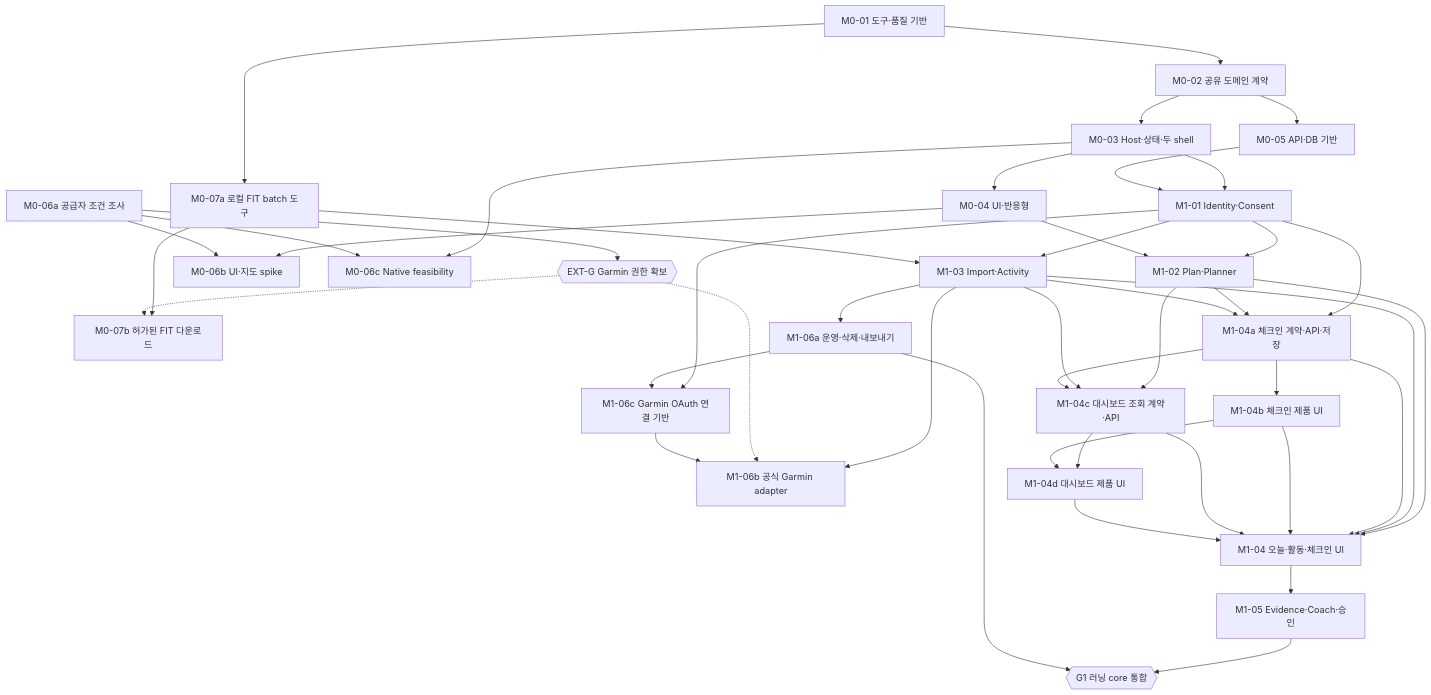
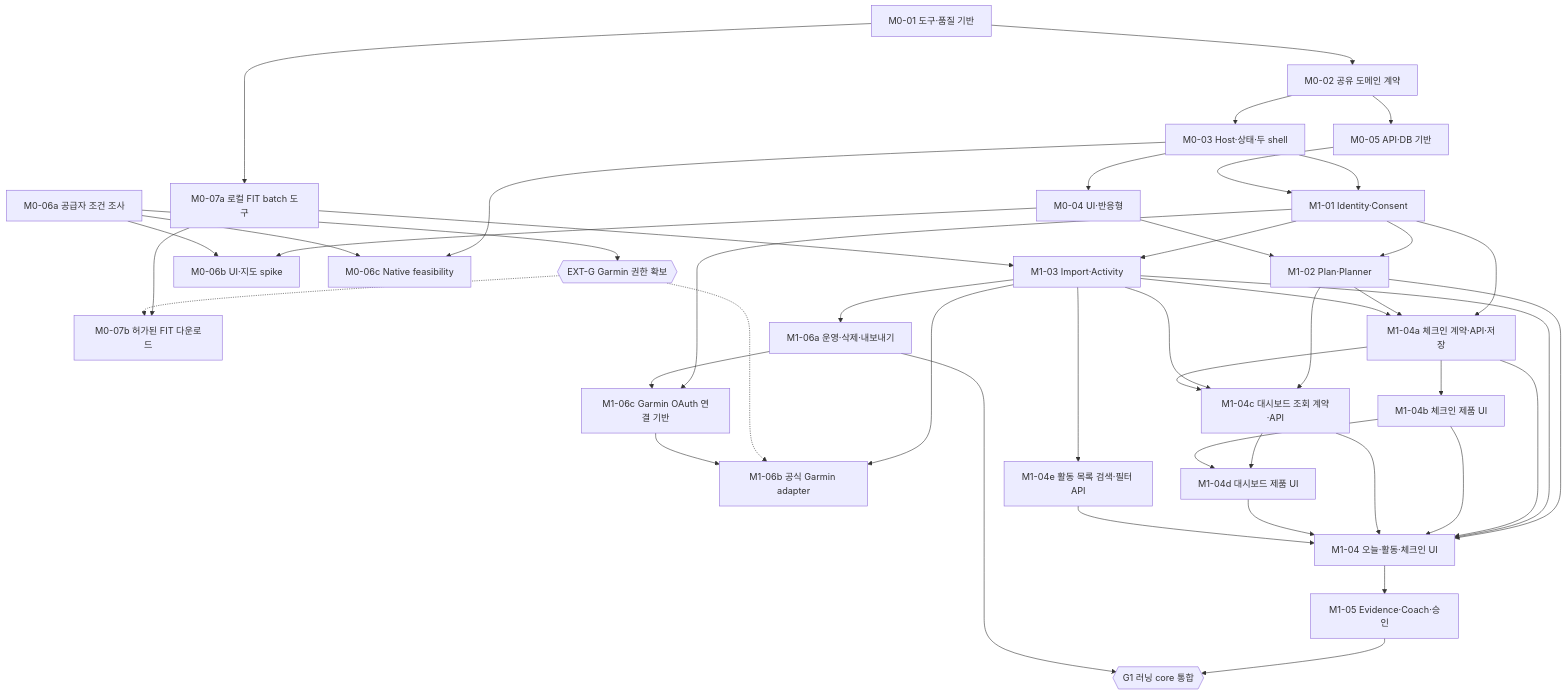
One commit to peacecheejecake/workout-manager changed the first of 3 diagrams in docs/implementation/task-graph.md. Above: the diagram before and after it, drawn with Mermaid. The commit also changed other lines of this file and 8 other files, not shown here.

````diff
--- a/docs/implementation/task-graph.md
+++ b/docs/implementation/task-graph.md
@@ -18,69 +18,72 @@
 ```mermaid
 flowchart TD
     task0["M0-01 도구·품질 기반"]
     task1["M0-02 공유 도메인 계약"]
     task2["M0-03 Host·상태·두 shell"]
     task3["M0-04 UI·반응형"]
     task4["M0-05 API·DB 기반"]
     task5["M0-06a 공급자 조건 조사"]
     task6{{"EXT-G Garmin 권한 확보"}}
     task7["M0-06b UI·지도 spike"]
     task8["M0-06c Native feasibility"]
     task9["M0-07a 로컬 FIT batch 도구"]
     task10["M0-07b 허가된 FIT 다운로드"]
     task11["M1-01 Identity·Consent"]
     task12["M1-02 Plan·Planner"]
     task13["M1-03 Import·Activity"]
     task14["M1-04 오늘·활동·체크인 UI"]
     task15["M1-05 Evidence·Coach·승인"]
     task16["M1-06a 운영·삭제·내보내기"]
     task17["M1-06b 공식 Garmin adapter"]
     garminOAuth["M1-06c Garmin OAuth 연결 기반"]
     task18{{"G1 러닝 core 통합"}}
     task0 --> task1
     task1 --> task2
     task2 --> task3
     task1 --> task4
     task5 --> task6
     task3 --> task7
     task5 --> task7
     task2 --> task8
     task5 --> task8
     task0 --> task9
     task9 --> task10
     task6 -.-> task10
     task2 --> task11
     task4 --> task11
     task11 --> task12
     task3 --> task12
     task11 --> task13
     task9 --> task13
     task12 --> task14
     task13 --> task14
     checkins["M1-04a 체크인 계약·API·저장"]
     task11 --> checkins
     task12 --> checkins
     task13 --> checkins
     checkins --> task14
     wellbeing["M1-04b 체크인 제품 UI"]
     checkins --> wellbeing
     wellbeing --> task14
     dashboardApi["M1-04c 대시보드 조회 계약·API"]
     task12 --> dashboardApi
     task13 --> dashboardApi
     checkins --> dashboardApi
     dashboardApi --> task14
     dashboardUi["M1-04d 대시보드 제품 UI"]
     dashboardApi --> dashboardUi
     wellbeing --> dashboardUi
     dashboardUi --> task14
+    activityQuery["M1-04e 활동 목록 검색·필터 API"]
+    task13 --> activityQuery
+    activityQuery --> task14
     task14 --> task15
     task13 --> task16
     task13 --> task17
     task6 -.-> task17
     task11 --> garminOAuth
     task16 --> garminOAuth
     garminOAuth --> task17
     task15 --> task18
     task16 --> task18
 ```
````
